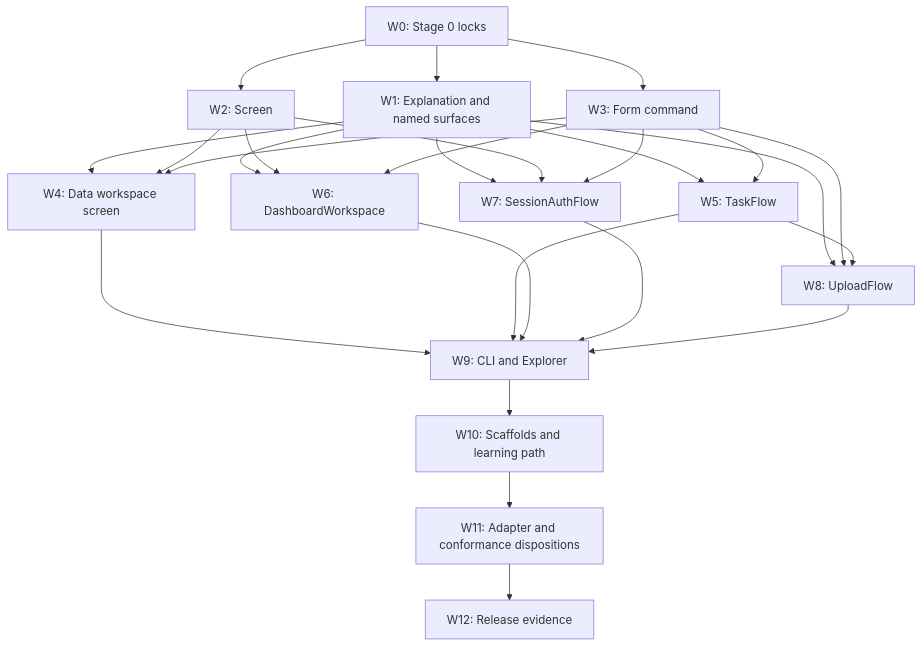
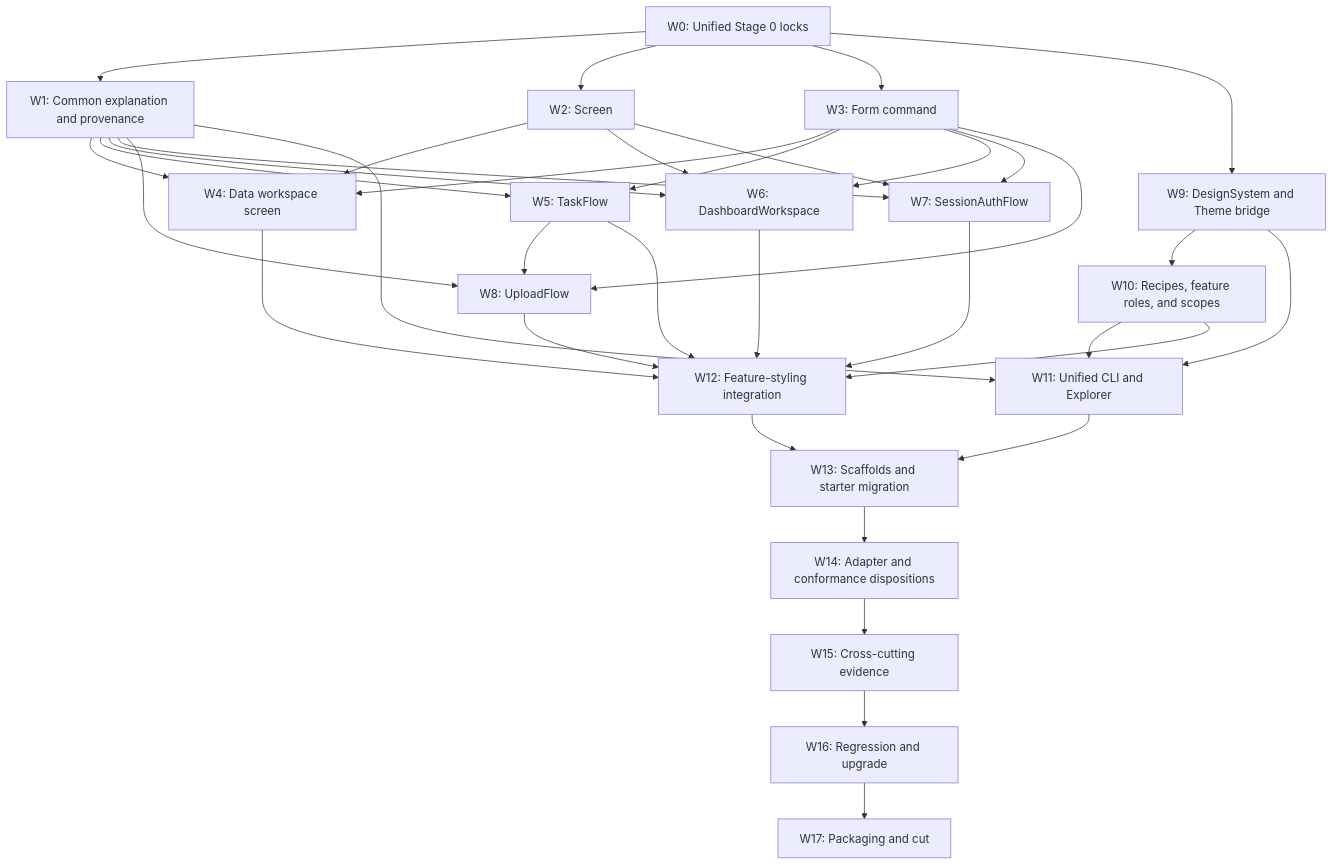
Before and after one commit to eddiethedean/hedron: the diagram in docs/implementation/PROGRESSIVE_AUTHORING_058.md, drawn with Mermaid. The commit also changed other lines of this file and 19 other files, not shown here.

````diff
--- a/docs/implementation/PROGRESSIVE_AUTHORING_058.md
+++ b/docs/implementation/PROGRESSIVE_AUTHORING_058.md
@@ -33,28 +41,37 @@
 ```mermaid
 flowchart TD
-    W0["W0: Stage 0 locks"] --> W1["W1: Explanation and named surfaces"]
+    W0["W0: Unified Stage 0 locks"] --> W1["W1: Common explanation and provenance"]
     W0 --> W2["W2: Screen"]
     W0 --> W3["W3: Form command"]
     W1 --> W4["W4: Data workspace screen"]
     W2 --> W4
     W3 --> W4
     W1 --> W5["W5: TaskFlow"]
     W3 --> W5
     W1 --> W6["W6: DashboardWorkspace"]
     W2 --> W6
     W3 --> W6
     W1 --> W7["W7: SessionAuthFlow"]
     W2 --> W7
     W3 --> W7
     W1 --> W8["W8: UploadFlow"]
     W3 --> W8
     W5 --> W8
-    W4 --> W9["W9: CLI and Explorer"]
-    W5 --> W9
-    W6 --> W9
-    W7 --> W9
-    W8 --> W9
-    W9 --> W10["W10: Scaffolds and learning path"]
-    W10 --> W11["W11: Adapter and conformance dispositions"]
-    W11 --> W12["W12: Release evidence"]
+    W0 --> W9["W9: DesignSystem and Theme bridge"]
+    W9 --> W10["W10: Recipes, feature roles, and scopes"]
+    W1 --> W11["W11: Unified CLI and Explorer"]
+    W9 --> W11
+    W10 --> W11
+    W4 --> W12["W12: Feature-styling integration"]
+    W5 --> W12
+    W6 --> W12
+    W7 --> W12
+    W8 --> W12
+    W10 --> W12
+    W11 --> W13["W13: Scaffolds and starter migration"]
+    W12 --> W13
+    W13 --> W14["W14: Adapter and conformance dispositions"]
+    W14 --> W15["W15: Cross-cutting evidence"]
+    W15 --> W16["W16: Regression and upgrade"]
+    W16 --> W17["W17: Packaging and cut"]
 ```
````
